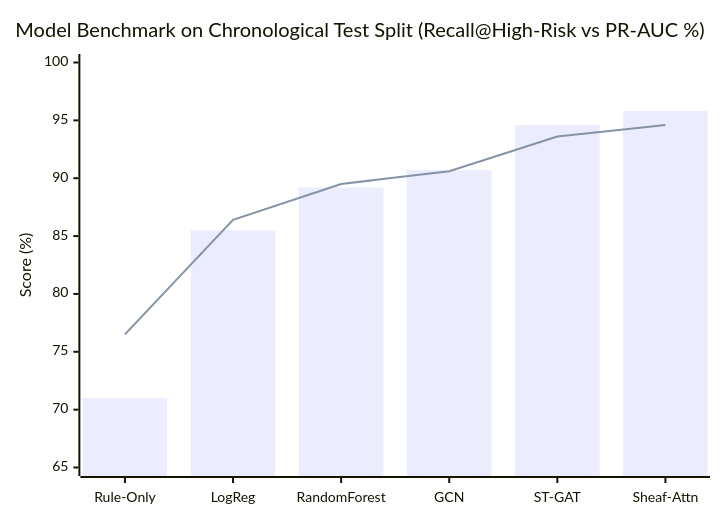
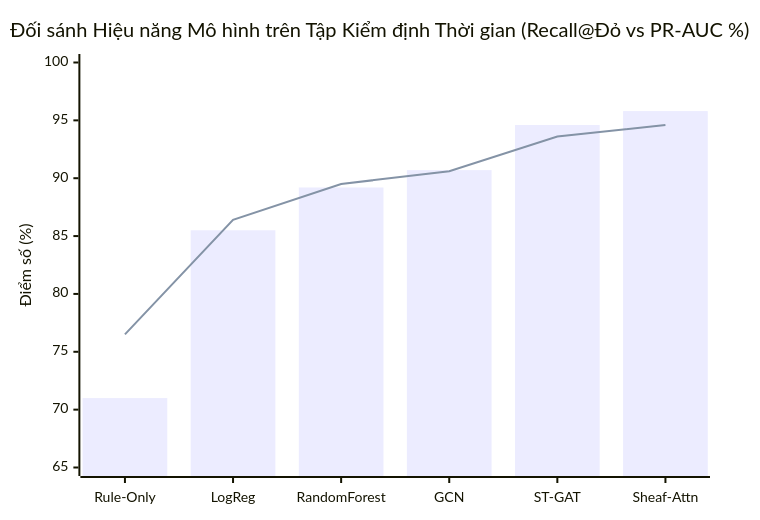
The sixth of 9 diagrams in README.md (danielhuynh-04/edualert-hexagonal-gnn), drawn with Mermaid before and after one commit. The commit also changed other lines of this file and 1 other file, not shown here.

````diff
--- a/README.md
+++ b/README.md
@@ -288,8 +292,8 @@
 ```mermaid
 xychart-beta
-    title "Model Benchmark on Chronological Test Split (Recall@High-Risk vs PR-AUC %)"
+    title "Đối sánh Hiệu năng Mô hình trên Tập Kiểm định Thời gian (Recall@Đỏ vs PR-AUC %)"
     x-axis ["Rule-Only", "LogReg", "RandomForest", "GCN", "ST-GAT", "Sheaf-Attn"]
-    y-axis "Score (%)" 65 --> 100
+    y-axis "Điểm số (%)" 65 --> 100
     bar [71.0, 85.5, 89.2, 90.7, 94.6, 95.8]
     line [76.5, 86.4, 89.5, 90.6, 93.6, 94.6]
 ```
````
